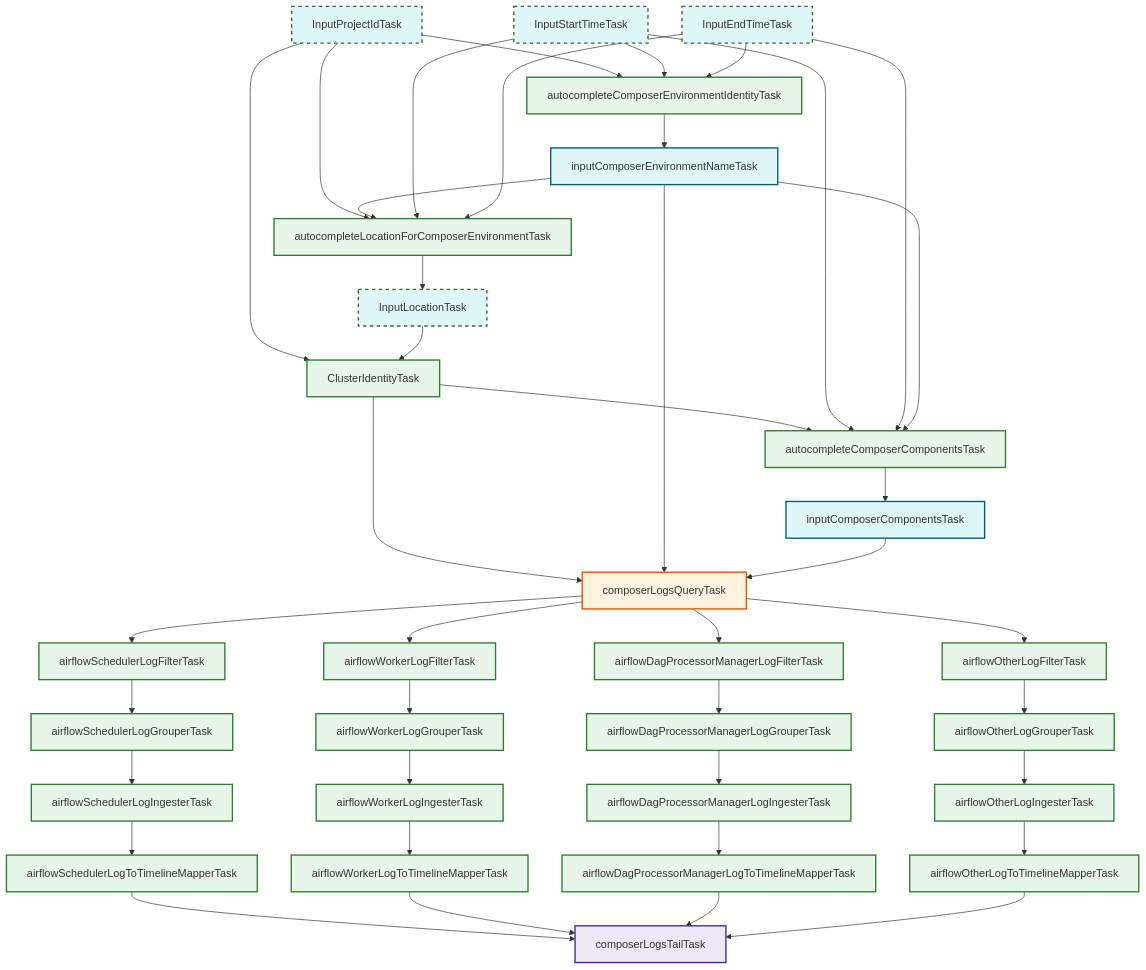
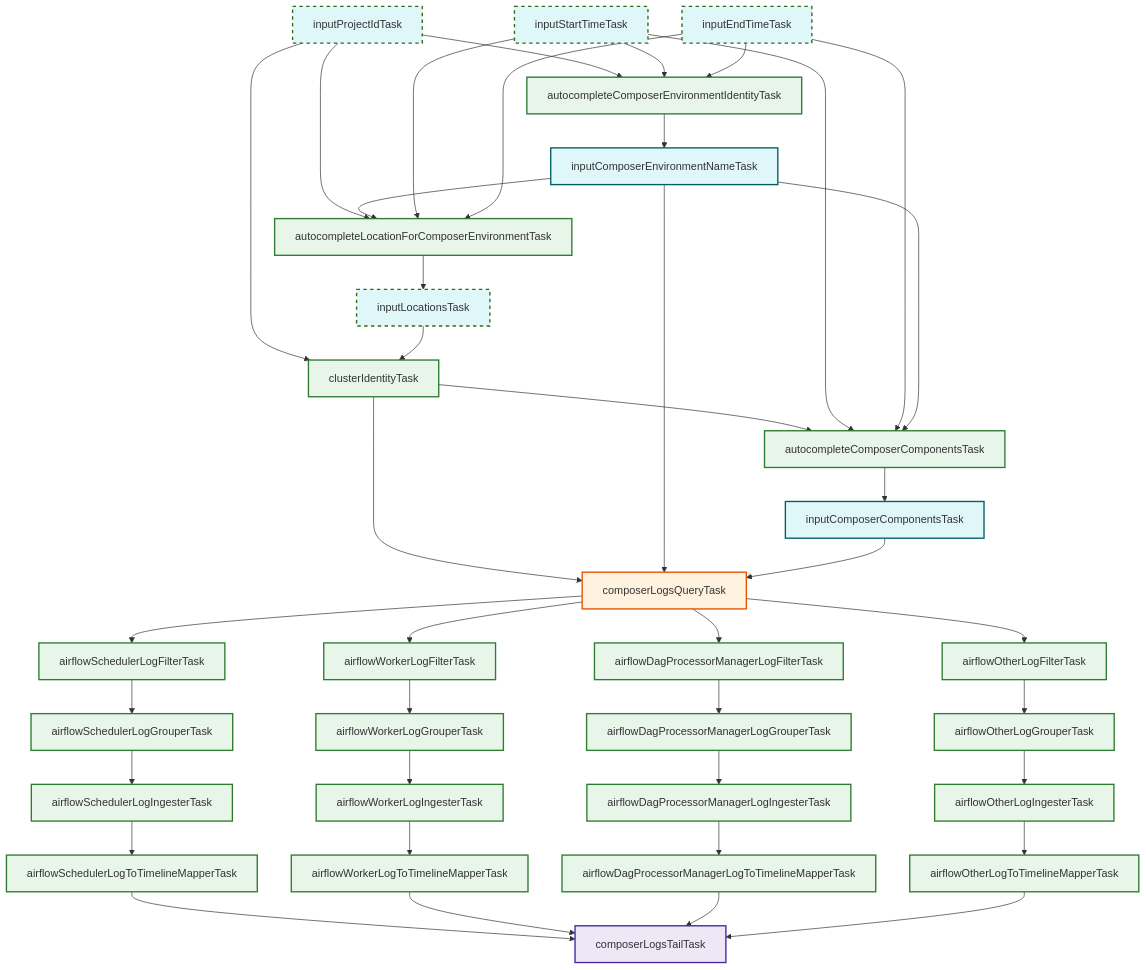
One commit to GoogleCloudPlatform/khi changed the diagram in pkg/task/inspection/googlecloud/composerairflow/README.md. Above: the diagram before and after it, drawn with Mermaid. The commit also changed other lines of this file and 22 other files, not shown here.

```diff
--- a/pkg/task/inspection/googlecloud/composerairflow/README.md
+++ b/pkg/task/inspection/googlecloud/composerairflow/README.md
@@ -55,11 +55,11 @@
     classDef external fill:#e0f7fa,stroke:#33691e,stroke-width:2px,stroke-dasharray: 5 5;
 
     %% External Tasks
-    ProjectIDInput[InputProjectIdTask]:::external
-    LocationInput[InputLocationTask]:::external
-    StartTime[InputStartTimeTask]:::external
-    EndTime[InputEndTimeTask]:::external
-    ClusterIdentity[ClusterIdentityTask]:::pipeline
+    ProjectIDInput[inputProjectIdTask]:::external
+    LocationInput[inputLocationsTask]:::external
+    StartTime[inputStartTimeTask]:::external
+    EndTime[inputEndTimeTask]:::external
+    ClusterIdentity[clusterIdentityTask]:::pipeline
 
     %% Composer Discovery & Input
     EnvIdentityAuto[autocompleteComposerEnvironmentIdentityTask]:::pipeline
```
